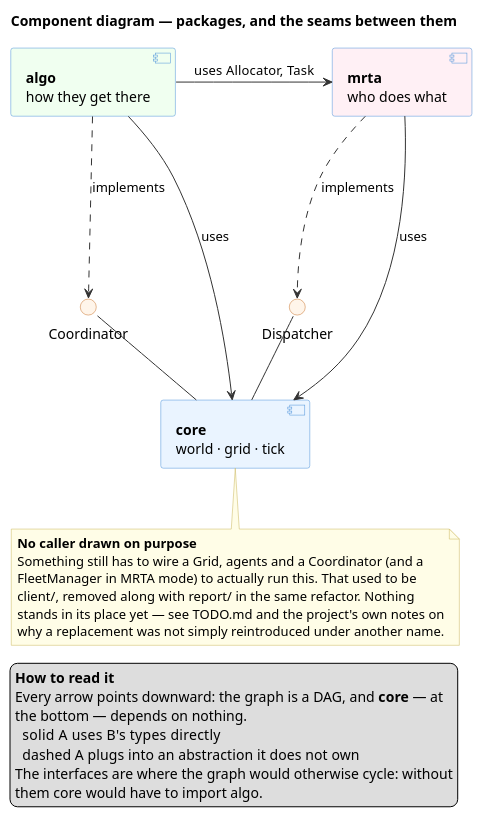
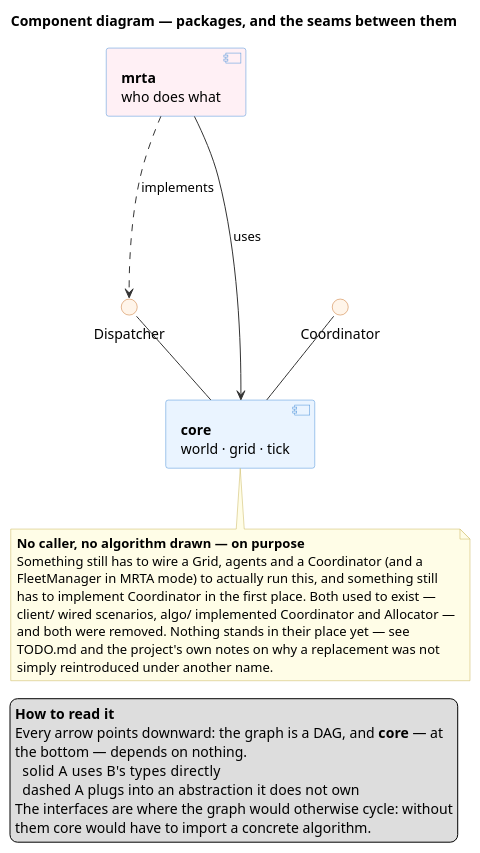
Before and after one commit to RasdaCorentin/MAPF_Simulation: the diagram in diagrammes/component_diagram.puml, drawn with PlantUML. The commit also changed 9 other files, not shown here.

First line of the commit message:
docs(diagrams)!: drop algo from the architecture diagrams

```diff
--- a/diagrammes/component_diagram.puml
+++ b/diagrammes/component_diagram.puml
@@ -1,89 +1,85 @@
 @startuml component_diagram
 
 ' =====================================================================
 '  COMPONENT VIEW — the 30-second read of the architecture.
 '
 '  Derived from Class_Diagram/class_diag_commented.puml, which stays the
 '  reference: this diagram adds nothing, it only drops everything that
 '  is not a package boundary or a seam between two packages.
 '
 '  What it is FOR: showing that the dependency graph is a DAG, and that
 '  the two engine seams (Coordinator, Dispatcher) are what keep it one.
 '  Every arrow points DOWN, towards something more abstract or more
 '  foundational — that is the whole design in one picture.
 '
 '  What it deliberately does NOT show: classes, methods, multiplicities.
-'  There is currently nothing above algo/mrta: the scripting layer
-'  (client/) and the measurement layer built on it (report/) were
-'  removed together, and nothing has replaced them yet — see TODO.md.
+'  There is currently nothing above mrta, and mrta itself has nothing
+'  implementing its two seams: the scripting layer (client/), the
+'  measurement layer built on it (report/), and the concrete algorithm
+'  layer (algo/) were all removed, and nothing has replaced any of them
+'  yet — see TODO.md.
 '
 '  LAYOUT: every edge carries an explicit direction and the components
 '  are declared top-down in reading order. Without that, dot lays the
 '  graph out by edge cost alone and the picture ends up contradicting
 '  the legend that tells you to read it downward.
 ' =====================================================================
 
 title Component diagram — packages, and the seams between them
 
 skinparam componentStyle uml2
 skinparam ArrowColor #333333
 skinparam ComponentBorderColor #4A90D9
 skinparam InterfaceBorderColor #C9722A
 skinparam InterfaceBackgroundColor #FFF5EA
 skinparam NoteBackgroundColor #FFFDE7
 skinparam NoteBorderColor #C9B458
 
-' ── Layer 1 — the interchangeable parts ───────────────────────────
-component "**algo**\nhow they get there" as algo #F0FFF0
+' ── Layer 1 — the domain layer ─────────────────────────────────────
 component "**mrta**\nwho does what" as mrta #FFF0F5
 
 ' ── Layer 2 — the engine seams, declared by core ──────────────────
 interface "Coordinator" as ICoord
 interface "Dispatcher" as IDisp
 
 ' ── Layer 3 — the foundation ──────────────────────────────────────
 component "**core**\nworld · grid · tick" as core #EAF4FF
 
 ' =====================================================================
 '  Relations. Solid = uses the types directly. Dashed = plugs into an
 '  abstraction it does not own.
 ' =====================================================================
 
-' The two implementations plug into the seams core declares.
-algo ..down.> ICoord : implements
-mrta ..down.> IDisp  : implements
+' mrta plugs into the seam core declares for it. Nothing plugs into
+' Coordinator at all right now — algo/ used to, and is gone.
+mrta ..down.> IDisp : implements
 
-' Plain dependencies, no inversion: these simply use the types below.
-' Labels are VERBS, never type names. An arrow here says who depends on
-' whom; a bare "Task" sitting on the line reads as cargo instead, and
-' the reader infers the supplier is at the tail — the exact opposite of
-' what the arrow means.
-algo -right-> mrta : "uses Allocator, Task"
-algo -down-> core  : uses
-mrta -down-> core  : uses
+mrta -down-> core : uses
 
 ' core owns the two engine seams: it declares them and calls them,
 ' without ever knowing who implements them.
 ICoord -down- core
 IDisp  -down- core
 
 note bottom of core
-  **No caller drawn on purpose**
+  **No caller, no algorithm drawn — on purpose**
   Something still has to wire a Grid, agents and a Coordinator (and a
-  FleetManager in MRTA mode) to actually run this. That used to be
-  client/, removed along with report/ in the same refactor. Nothing
-  stands in its place yet — see TODO.md and the project's own notes on
-  why a replacement was not simply reintroduced under another name.
+  FleetManager in MRTA mode) to actually run this, and something still
+  has to implement Coordinator in the first place. Both used to exist —
+  client/ wired scenarios, algo/ implemented Coordinator and Allocator —
+  and both were removed. Nothing stands in their place yet — see
+  TODO.md and the project's own notes on why a replacement was not
+  simply reintroduced under another name.
 end note
 
 legend bottom left
   **How to read it**
   Every arrow points downward: the graph is a DAG, and **core** — at
   the bottom — depends on nothing.
     solid   A uses B's types directly
     dashed  A plugs into an abstraction it does not own
   The interfaces are where the graph would otherwise cycle: without
-  them core would have to import algo.
+  them core would have to import a concrete algorithm.
 end legend
 
 @enduml
```
